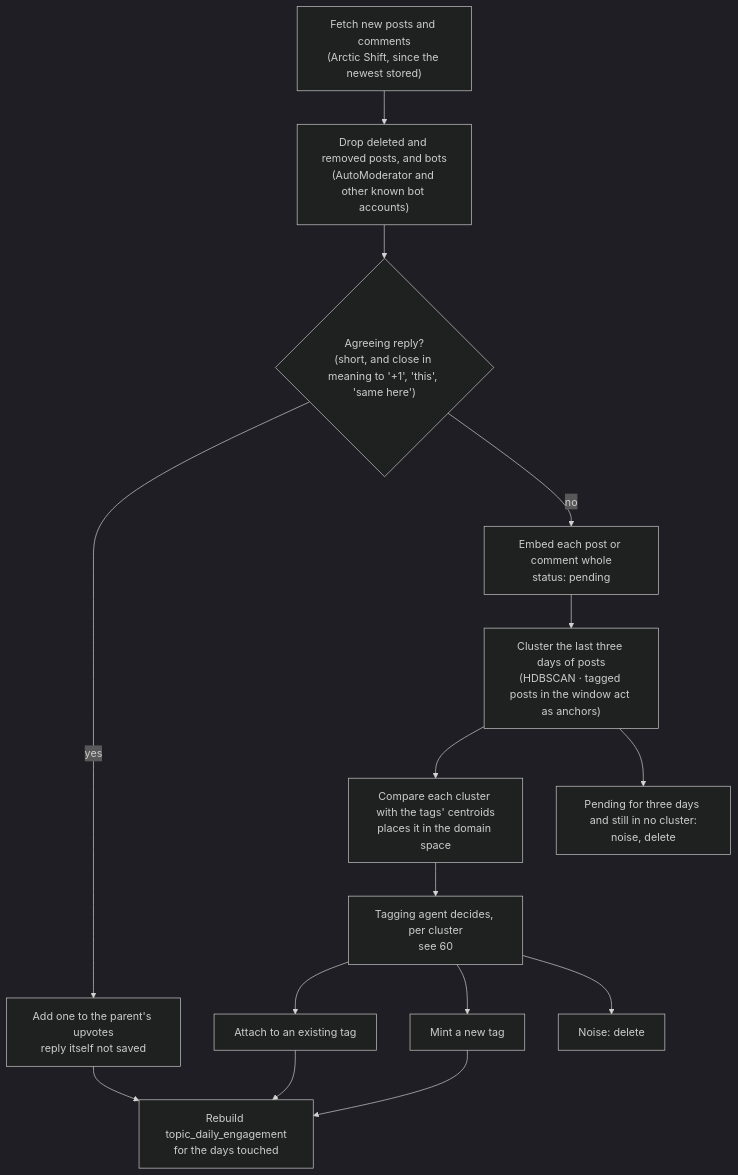
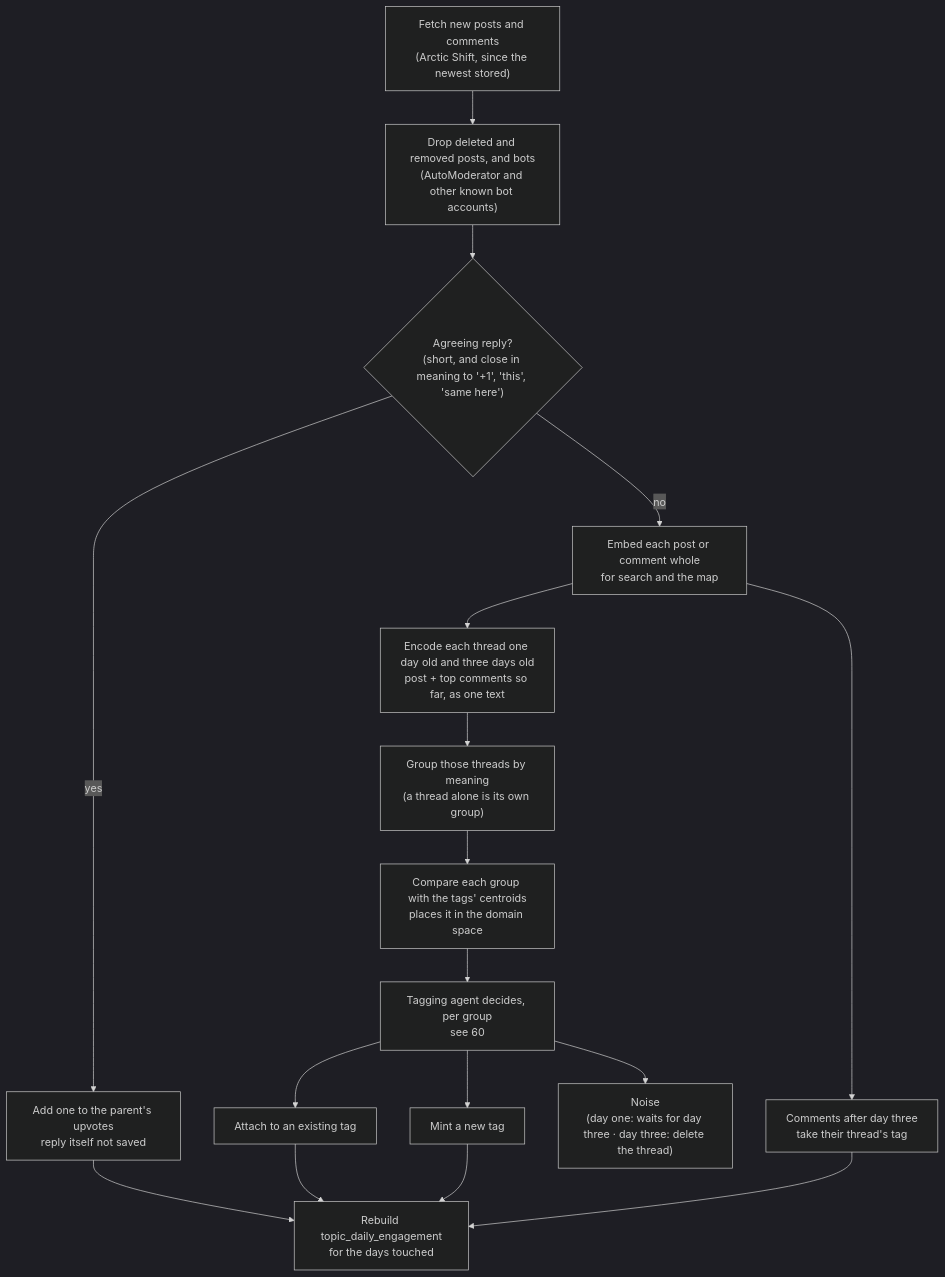
One commit to brianaderer/transcendent changed the second of 2 diagrams in docs/atlas/20-data-model/21-topics.md. Above: the diagram before and after it, drawn with Mermaid (dark theme). The commit also changed other lines of this file and 2 other files, not shown here.

Commit message:
Atlas: 21 threads encoded on day one and again on day three (OPEN-29 resolved)

````diff
--- a/docs/atlas/20-data-model/21-topics.md
+++ b/docs/atlas/20-data-model/21-topics.md
@@ -138,27 +145,29 @@
 ```mermaid
 flowchart TB
     PULL["Fetch new posts and comments<br/>(Arctic Shift, since the newest stored)"]
     DROP["Drop deleted and removed posts, and bots<br/>(AutoModerator and other known bot accounts)"]
     SHORT{"Agreeing reply?<br/>(short, and close in meaning to '+1', 'this', 'same here')"}
     REACT["Add one to the parent's upvotes<br/>reply itself not saved"]
-    EMB["Embed each post or comment whole<br/>status: pending"]
-    CL["Cluster the last three days of posts<br/>(HDBSCAN · tagged posts in the window act as anchors)"]
-    CMP["Compare each cluster with the tags' centroids<br/>places it in the domain space"]
-    LLM["Tagging agent decides, per cluster<br/>see 60"]
+    EMB["Embed each post or comment whole<br/>for search and the map"]
+    ENC["Encode each thread one day old and three days old<br/>post + top comments so far, as one text"]
+    CL["Group those threads by meaning<br/>(a thread alone is its own group)"]
+    CMP["Compare each group with the tags' centroids<br/>places it in the domain space"]
+    LLM["Tagging agent decides, per group<br/>see 60"]
     ADD["Attach to an existing tag"]
     MINT["Mint a new tag"]
-    NOISE["Noise: delete"]
-    EXPIRE["Pending for three days and still in no cluster:<br/>noise, delete"]
+    NOISE["Noise<br/>(day one: waits for day three · day three: delete the thread)"]
+    LATE["Comments after day three<br/>take their thread's tag"]
     ROLL["Rebuild topic_daily_engagement<br/>for the days touched"]
 
     PULL --> DROP --> SHORT
     SHORT -->|yes| REACT
-    SHORT -->|no| EMB --> CL --> CMP --> LLM
+    SHORT -->|no| EMB --> ENC --> CL --> CMP --> LLM
+    EMB --> LATE
     LLM --> ADD
     LLM --> MINT
     LLM --> NOISE
-    CL --> EXPIRE
     ADD --> ROLL
     MINT --> ROLL
+    LATE --> ROLL
     REACT --> ROLL
 ```
````
